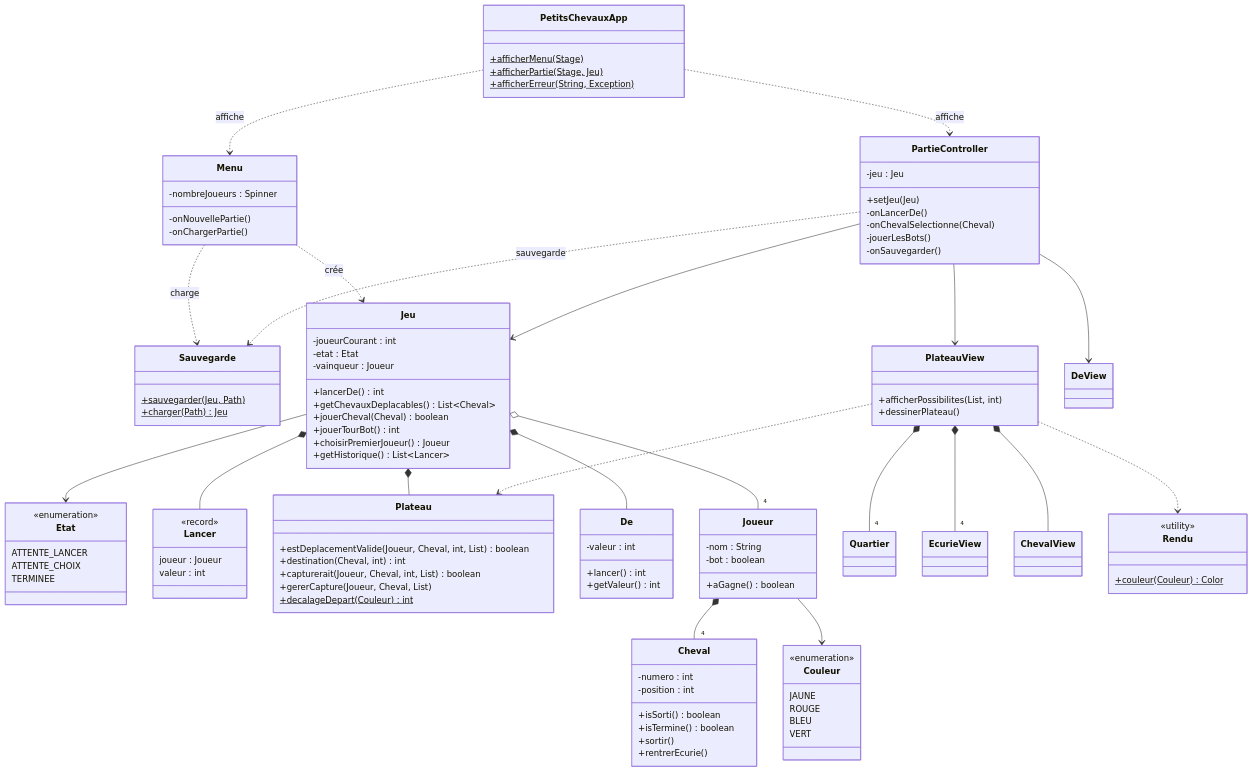
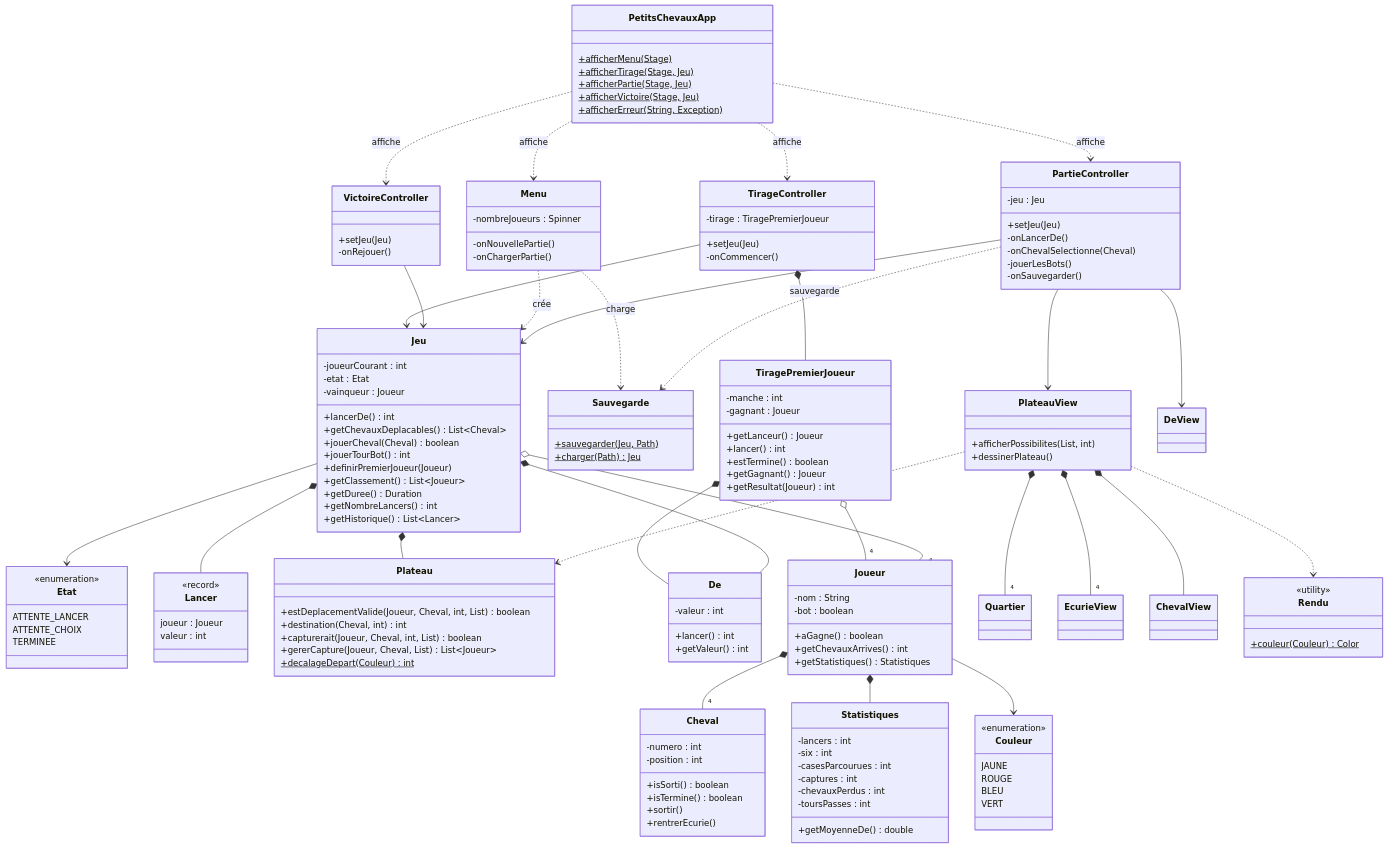
Before and after one commit to TechXplorerFR/petits-chevaux: the diagram in docs/classDiagram.mermaid, drawn with Mermaid. The commit also changed 17 other files, not shown here.

First line of the commit message:
Ajout du tirage du premier joueur et de l'écran de victoire

```diff
--- a/docs/classDiagram.mermaid
+++ b/docs/classDiagram.mermaid
@@ -1,112 +1,154 @@
 classDiagram
 direction TB
 
 class PetitsChevauxApp {
   +afficherMenu(Stage)$
+  +afficherTirage(Stage, Jeu)$
   +afficherPartie(Stage, Jeu)$
+  +afficherVictoire(Stage, Jeu)$
   +afficherErreur(String, Exception)$
 }
 class Menu {
   -nombreJoueurs : Spinner
   -onNouvellePartie()
   -onChargerPartie()
 }
 class PartieController {
   -jeu : Jeu
   +setJeu(Jeu)
   -onLancerDe()
   -onChevalSelectionne(Cheval)
   -jouerLesBots()
   -onSauvegarder()
 }
+class TirageController {
+  -tirage : TiragePremierJoueur
+  +setJeu(Jeu)
+  -onCommencer()
+}
+class VictoireController {
+  +setJeu(Jeu)
+  -onRejouer()
+}
+class TiragePremierJoueur {
+  -manche : int
+  -gagnant : Joueur
+  +getLanceur() Joueur
+  +lancer() int
+  +estTermine() boolean
+  +getGagnant() Joueur
+  +getResultat(Joueur) int
+}
+class Statistiques {
+  -lancers : int
+  -six : int
+  -casesParcourues : int
+  -captures : int
+  -chevauxPerdus : int
+  -toursPasses : int
+  +getMoyenneDe() double
+}
 class Sauvegarde {
   +sauvegarder(Jeu, Path)$
   +charger(Path)$ Jeu
 }
 class Jeu {
   -joueurCourant : int
   -etat : Etat
   -vainqueur : Joueur
   +lancerDe() int
   +getChevauxDeplacables() List~Cheval~
   +jouerCheval(Cheval) boolean
   +jouerTourBot() int
-  +choisirPremierJoueur() Joueur
+  +definirPremierJoueur(Joueur)
+  +getClassement() List~Joueur~
+  +getDuree() Duration
+  +getNombreLancers() int
   +getHistorique() List~Lancer~
 }
 class Etat {
   <<enumeration>>
   ATTENTE_LANCER
   ATTENTE_CHOIX
   TERMINEE
 }
 class Lancer {
   <<record>>
   joueur : Joueur
   valeur : int
 }
 class Plateau {
   +estDeplacementValide(Joueur, Cheval, int, List) boolean
   +destination(Cheval, int) int
   +capturerait(Joueur, Cheval, int, List) boolean
-  +gererCapture(Joueur, Cheval, List)
+  +gererCapture(Joueur, Cheval, List) List~Joueur~
   +decalageDepart(Couleur)$ int
 }
 class De {
   -valeur : int
   +lancer() int
   +getValeur() int
 }
 class Joueur {
   -nom : String
   -bot : boolean
   +aGagne() boolean
+  +getChevauxArrives() int
+  +getStatistiques() Statistiques
 }
 class Cheval {
   -numero : int
   -position : int
   +isSorti() boolean
   +isTermine() boolean
   +sortir()
   +rentrerEcurie()
 }
 class Couleur {
   <<enumeration>>
   JAUNE
   ROUGE
   BLEU
   VERT
 }
 class PlateauView {
   +afficherPossibilites(List, int)
   +dessinerPlateau()
 }
 class Quartier
 class EcurieView
 class ChevalView
 class DeView
 class Rendu {
   <<utility>>
   +couleur(Couleur)$ Color
 }
 
 PetitsChevauxApp ..> Menu : affiche
+PetitsChevauxApp ..> TirageController : affiche
 PetitsChevauxApp ..> PartieController : affiche
+PetitsChevauxApp ..> VictoireController : affiche
+TirageController --> Jeu
+TirageController *-- TiragePremierJoueur
+TiragePremierJoueur *-- De
+TiragePremierJoueur o-- "4" Joueur
+VictoireController --> Jeu
 Menu ..> Jeu : crée
 Menu ..> Sauvegarde : charge
 PartieController --> Jeu
 PartieController --> PlateauView
 PartieController --> DeView
 PartieController ..> Sauvegarde : sauvegarde
 Jeu *-- Plateau
 Jeu *-- De
 Jeu o-- "4" Joueur
 Jeu --> Etat
 Jeu *-- Lancer
 Joueur *-- "4" Cheval
+Joueur *-- Statistiques
 Joueur --> Couleur
 PlateauView *-- "4" Quartier
 PlateauView *-- "4" EcurieView
 PlateauView *-- ChevalView
 PlateauView ..> Plateau
 PlateauView ..> Rendu
```
